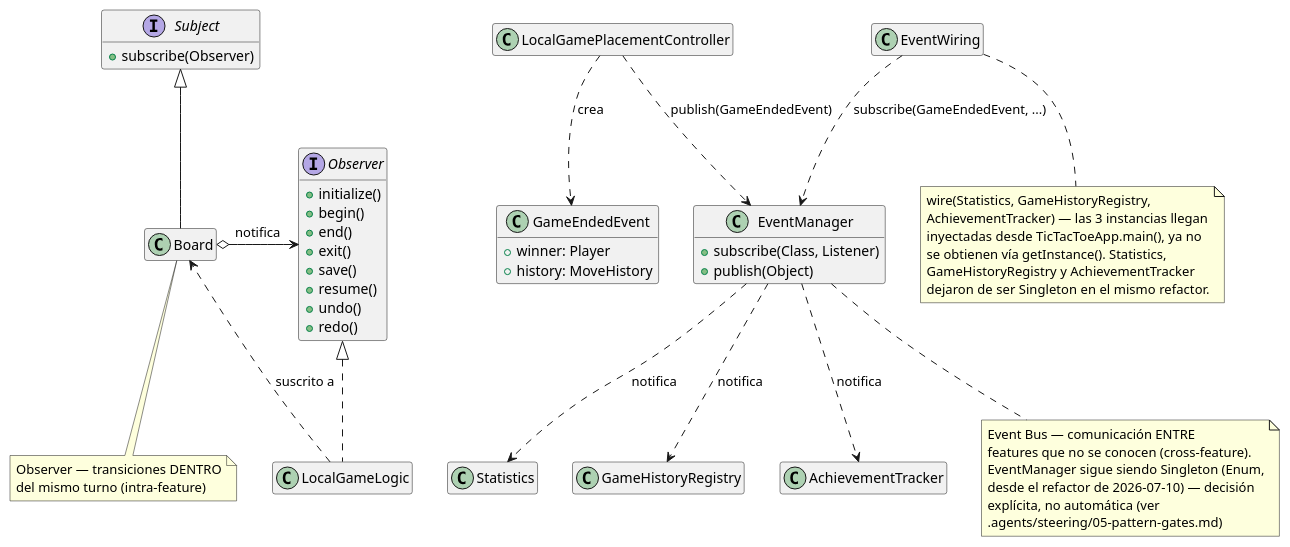
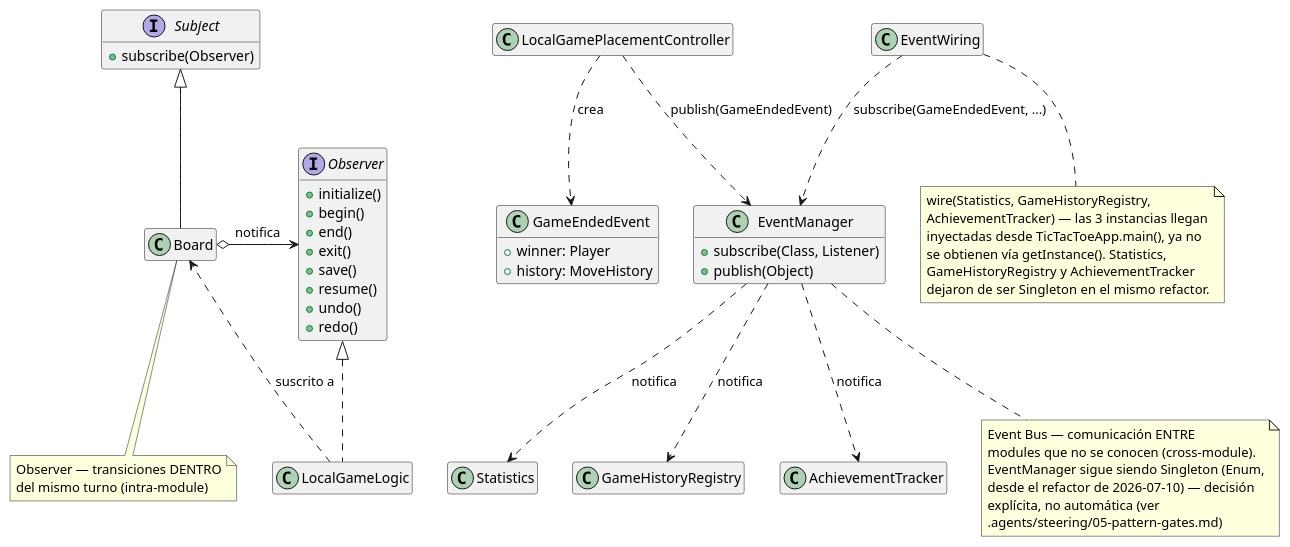
One commit to pcarroza/tictactoe-java changed the diagram in docs/4+1views/logica/patrones/patron-observer-y-eventos.puml. Above: the diagram before and after it, drawn with PlantUML. The commit also changed 396 other files, not shown here.

```diff
--- a/docs/4+1views/logica/patrones/patron-observer-y-eventos.puml
+++ b/docs/4+1views/logica/patrones/patron-observer-y-eventos.puml
@@ -1,68 +1,68 @@
 @startuml patron-observer-y-eventos
 hide empty members
 
 interface Subject {
   +subscribe(Observer)
 }
 interface Observer {
   +initialize()
   +begin()
   +end()
   +exit()
   +save()
   +resume()
   +undo()
   +redo()
 }
 class Board
 class LocalGameLogic
 
 Subject <|-- Board
 Observer <|.. LocalGameLogic
 Board o-> Observer : notifica
 LocalGameLogic ..> Board : suscrito a
 
 note bottom of Board
   Observer — transiciones DENTRO
-  del mismo turno (intra-feature)
+  del mismo turno (intra-module)
 end note
 
 class EventManager {
   +subscribe(Class, Listener)
   +publish(Object)
 }
 class GameEndedEvent {
   +winner: Player
   +history: MoveHistory
 }
 class LocalGamePlacementController
 class EventWiring
 class Statistics
 class GameHistoryRegistry
 class AchievementTracker
 
 LocalGamePlacementController ..> EventManager : publish(GameEndedEvent)
 LocalGamePlacementController ..> GameEndedEvent : crea
 EventWiring ..> EventManager : subscribe(GameEndedEvent, ...)
 EventManager ..> Statistics : notifica
 EventManager ..> GameHistoryRegistry : notifica
 EventManager ..> AchievementTracker : notifica
 
 note bottom of EventManager
   Event Bus — comunicación ENTRE
-  features que no se conocen (cross-feature).
+  modules que no se conocen (cross-module).
   EventManager sigue siendo Singleton (Enum,
   desde el refactor de 2026-07-10) — decisión
   explícita, no automática (ver
   .agents/steering/05-pattern-gates.md)
 end note
 
 note bottom of EventWiring
   wire(Statistics, GameHistoryRegistry,
   AchievementTracker) — las 3 instancias llegan
   inyectadas desde TicTacToeApp.main(), ya no
   se obtienen vía getInstance(). Statistics,
   GameHistoryRegistry y AchievementTracker
   dejaron de ser Singleton en el mismo refactor.
 end note
 @enduml
```
